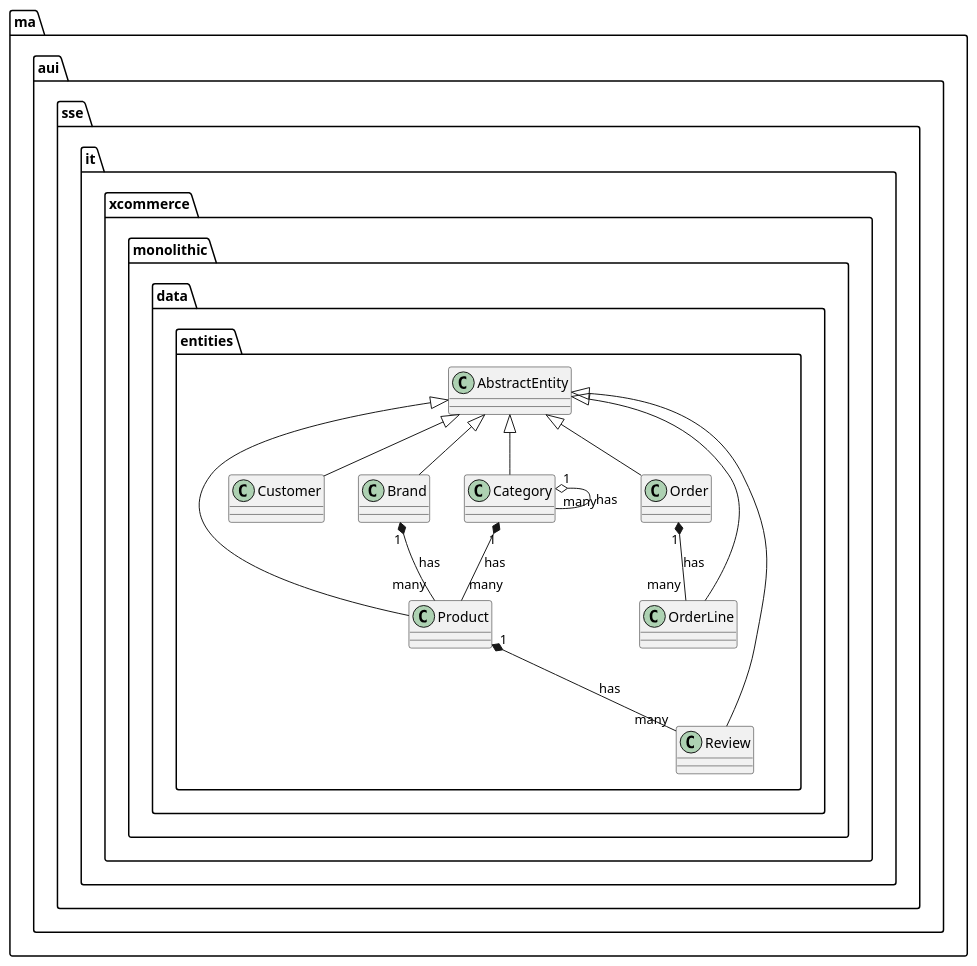
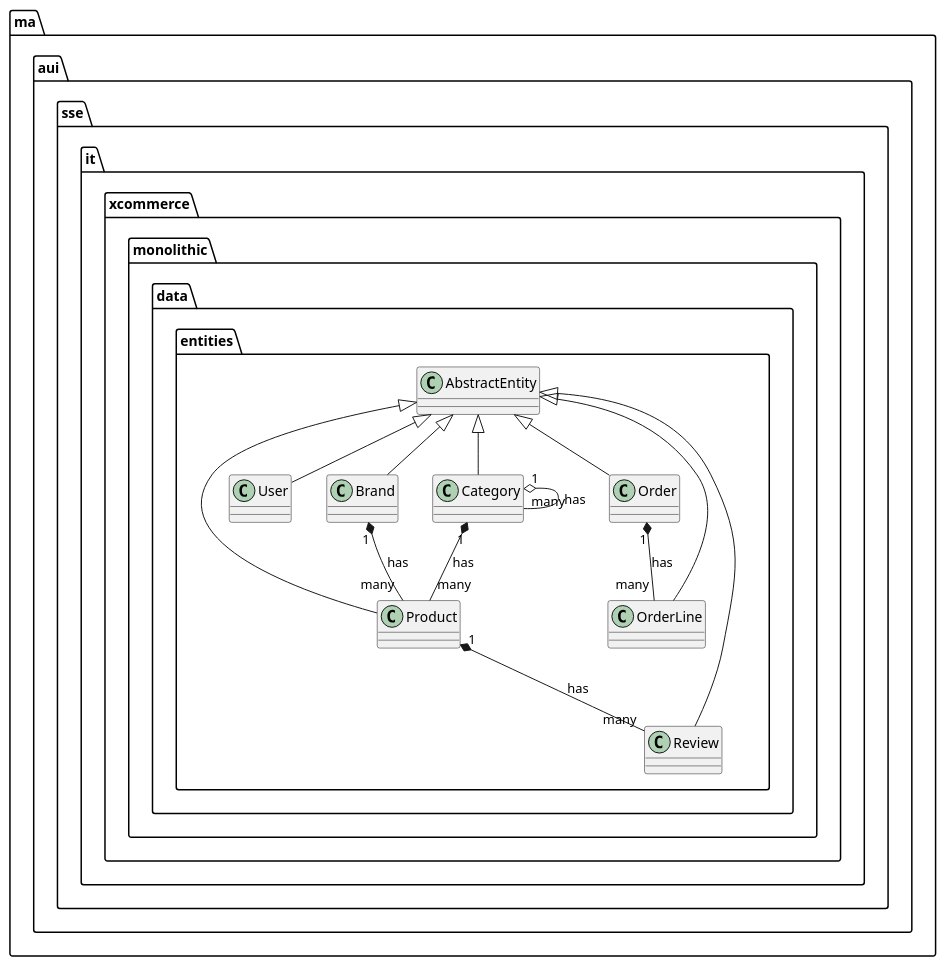
The first of 2 diagrams in initial/src/main/resources/diagram.class.wsd (oiraqi/xcommerce-monolithic), drawn with PlantUML before and after one commit. The commit also changed other lines of this file and 3 other files, not shown here.

```diff
--- a/initial/src/main/resources/diagram.class.wsd
+++ b/initial/src/main/resources/diagram.class.wsd
@@ -1,14 +1,14 @@
 @startuml EntityClassDiagram
 ma.aui.sse.it.xcommerce.monolithic.data.entities.AbstractEntity <|-- ma.aui.sse.it.xcommerce.monolithic.data.entities.Product
-ma.aui.sse.it.xcommerce.monolithic.data.entities.AbstractEntity <|-- ma.aui.sse.it.xcommerce.monolithic.data.entities.Customer
+ma.aui.sse.it.xcommerce.monolithic.data.entities.AbstractEntity <|-- ma.aui.sse.it.xcommerce.monolithic.data.entities.User
 ma.aui.sse.it.xcommerce.monolithic.data.entities.AbstractEntity <|-- ma.aui.sse.it.xcommerce.monolithic.data.entities.Brand
 ma.aui.sse.it.xcommerce.monolithic.data.entities.AbstractEntity <|-- ma.aui.sse.it.xcommerce.monolithic.data.entities.Category
 ma.aui.sse.it.xcommerce.monolithic.data.entities.AbstractEntity <|-- ma.aui.sse.it.xcommerce.monolithic.data.entities.Order
 ma.aui.sse.it.xcommerce.monolithic.data.entities.AbstractEntity <|-- ma.aui.sse.it.xcommerce.monolithic.data.entities.OrderLine
 ma.aui.sse.it.xcommerce.monolithic.data.entities.AbstractEntity <|-- ma.aui.sse.it.xcommerce.monolithic.data.entities.Review
 ma.aui.sse.it.xcommerce.monolithic.data.entities.Brand "1" *-- "many" ma.aui.sse.it.xcommerce.monolithic.data.entities.Product : has
 ma.aui.sse.it.xcommerce.monolithic.data.entities.Product "1" *-- "many" ma.aui.sse.it.xcommerce.monolithic.data.entities.Review : has
 ma.aui.sse.it.xcommerce.monolithic.data.entities.Category "1" *-- "many" ma.aui.sse.it.xcommerce.monolithic.data.entities.Product : has
 ma.aui.sse.it.xcommerce.monolithic.data.entities.Category "1" o-- "many" ma.aui.sse.it.xcommerce.monolithic.data.entities.Category : has
 ma.aui.sse.it.xcommerce.monolithic.data.entities.Order "1" *-- "many" ma.aui.sse.it.xcommerce.monolithic.data.entities.OrderLine : has
 @enduml
```
